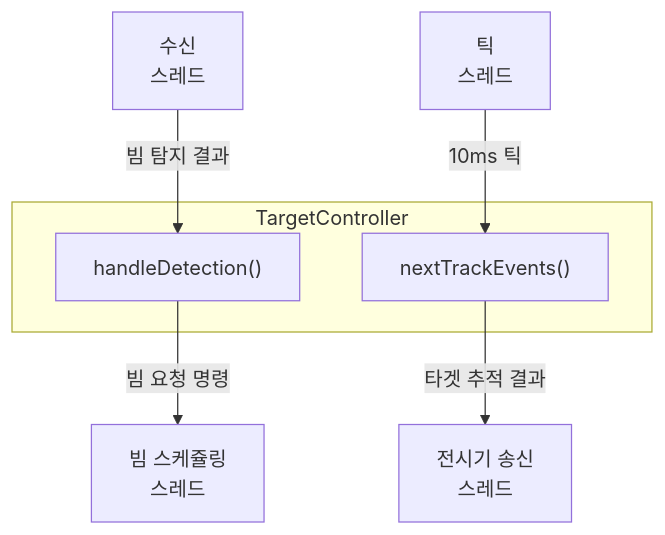
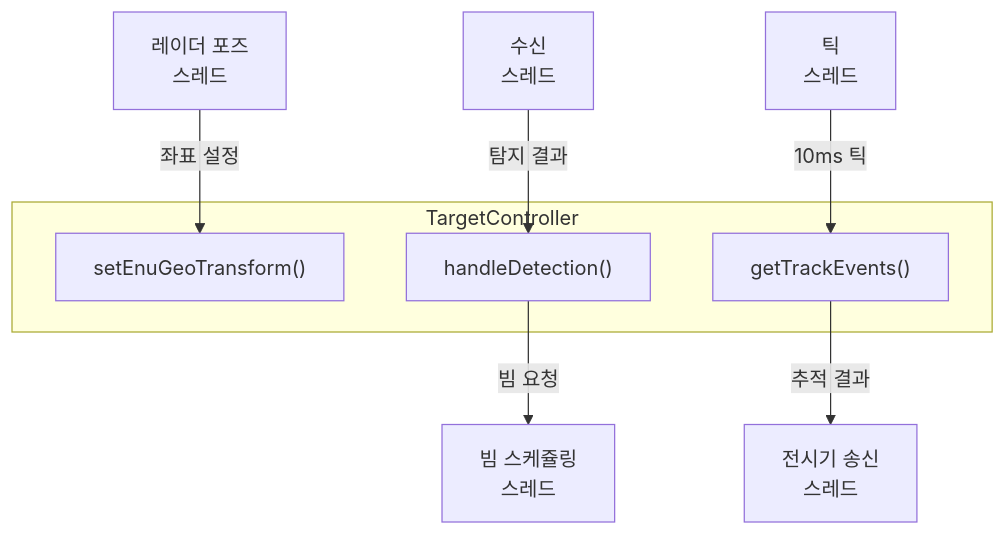
The first of 4 diagrams in src/target/README.md (AESAlien/aesa-processor), drawn with Mermaid before and after one commit. The commit also changed 24 other files, not shown here.

````diff
--- a/src/target/README.md
+++ b/src/target/README.md
@@ -5,17 +5,20 @@
 ```mermaid
 flowchart TB
     CommReceiveWorker[수신<br/>스레드]
+    PoseWorker[레이더 포즈<br/>스레드]
     TickWorker[틱<br/>스레드]
     BeamWorker[빔 스케쥴링<br/>스레드]
     ConsoleSendWorker[전시기 송신<br/>스레드]
 
     subgraph TargetController
+        setEnuGeoTransform["setEnuGeoTransform()"]
         handleDetection["handleDetection()"]
-        nextTrackEvents["nextTrackEvents()"]
+        getTrackEvents["getTrackEvents()"]
     end
 
-    CommReceiveWorker -->|빔 탐지 결과| handleDetection
-    handleDetection -->|빔 요청 명령| BeamWorker
-    TickWorker -->|10ms 틱| nextTrackEvents
-    nextTrackEvents -->|타겟 추적 결과| ConsoleSendWorker
+    CommReceiveWorker -->|탐지 결과| handleDetection
+    PoseWorker -->|좌표 설정| setEnuGeoTransform
+    handleDetection -->|빔 요청| BeamWorker
+    TickWorker -->|10ms 틱| getTrackEvents
+    getTrackEvents -->|추적 결과| ConsoleSendWorker
 ```
````
